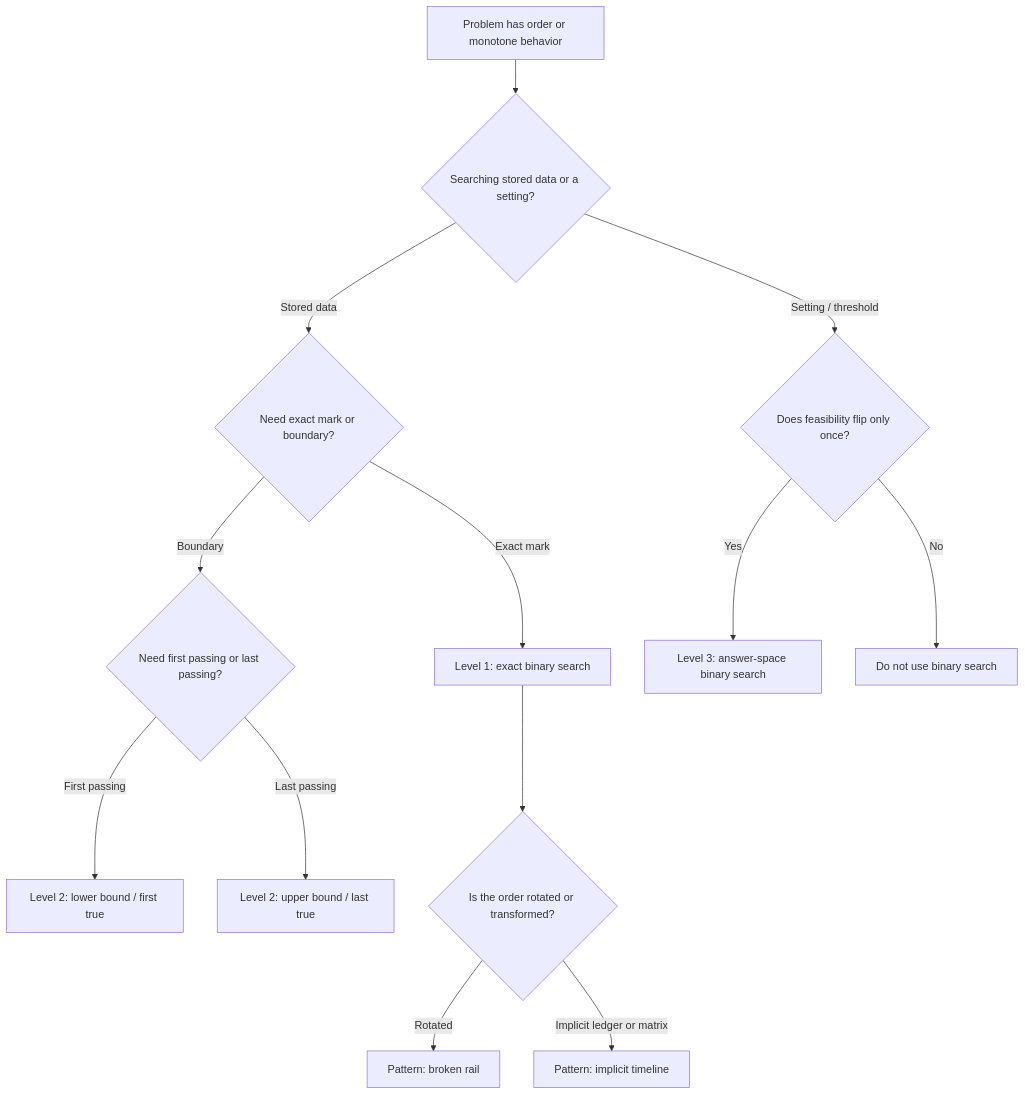
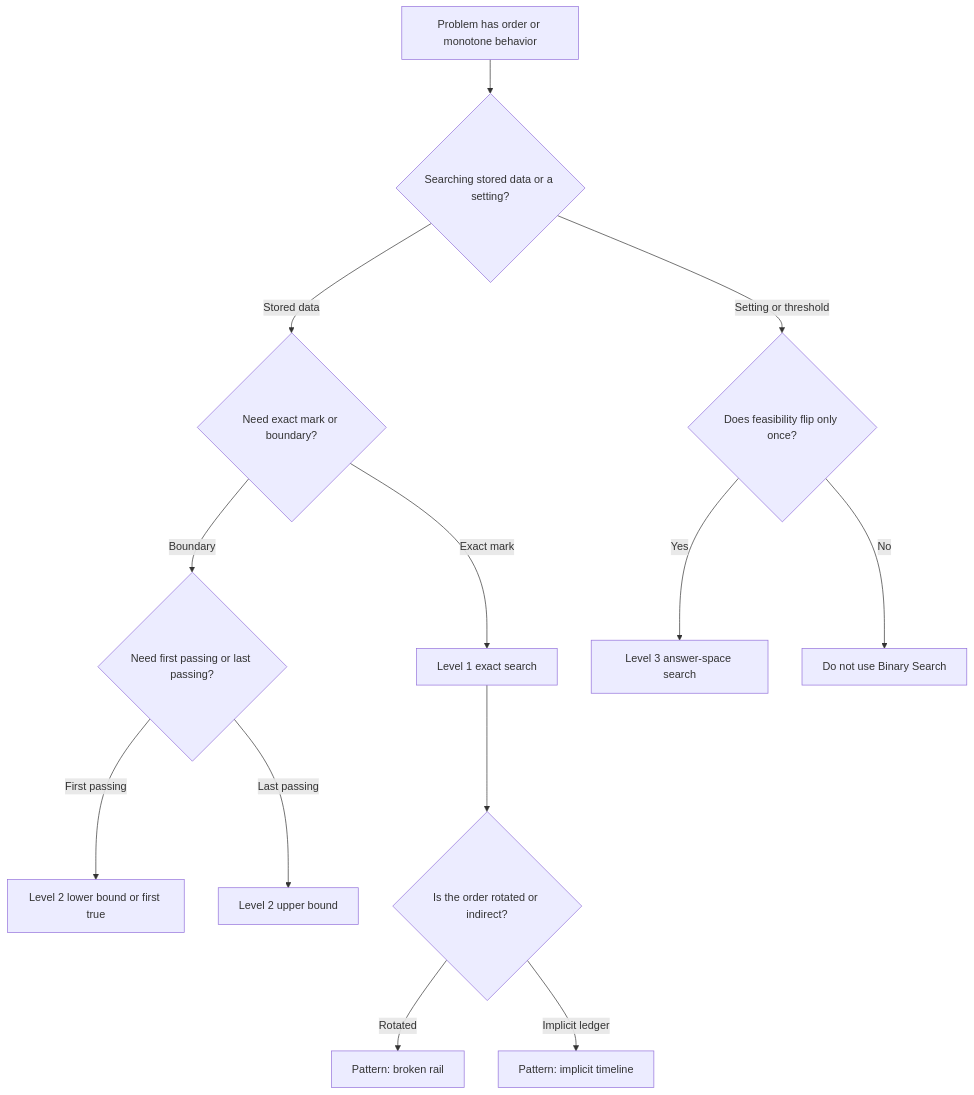
Before and after one commit to snesjhon/for-humans: the fourth of 4 diagrams in src/app/dsa/fundamentals/binary-search/binary-search-fundamentals.md, drawn with Mermaid. The commit also changed other lines of this file and 57 other files, not shown here.

````diff
--- a/src/app/dsa/fundamentals/binary-search/binary-search-fundamentals.md
+++ b/src/app/dsa/fundamentals/binary-search/binary-search-fundamentals.md
@@ -233,15 +288,15 @@
 ```mermaid
 graph TD
     Start[Problem has order or monotone behavior] --> Q1{Searching stored data or a setting?}
     Q1 -- Stored data --> Q2{Need exact mark or boundary?}
-    Q2 -- Exact mark --> L1[Level 1: exact binary search]
+    Q2 -- Exact mark --> L1[Level 1 exact search]
     Q2 -- Boundary --> Q3{Need first passing or last passing?}
-    Q3 -- First passing --> L2a[Level 2: lower bound / first true]
-    Q3 -- Last passing --> L2b[Level 2: upper bound / last true]
-    Q1 -- Setting / threshold --> Q4{Does feasibility flip only once?}
-    Q4 -- Yes --> L3[Level 3: answer-space binary search]
-    Q4 -- No --> NoBS[Do not use binary search]
-    L1 --> Q5{Is the order rotated or transformed?}
+    Q3 -- First passing --> L2a[Level 2 lower bound or first true]
+    Q3 -- Last passing --> L2b[Level 2 upper bound]
+    Q1 -- Setting or threshold --> Q4{Does feasibility flip only once?}
+    Q4 -- Yes --> L3[Level 3 answer-space search]
+    Q4 -- No --> NoBS[Do not use Binary Search]
+    L1 --> Q5{Is the order rotated or indirect?}
     Q5 -- Rotated --> P1[Pattern: broken rail]
-    Q5 -- Implicit ledger or matrix --> P2[Pattern: implicit timeline]
+    Q5 -- Implicit ledger --> P2[Pattern: implicit timeline]
 ```
````
